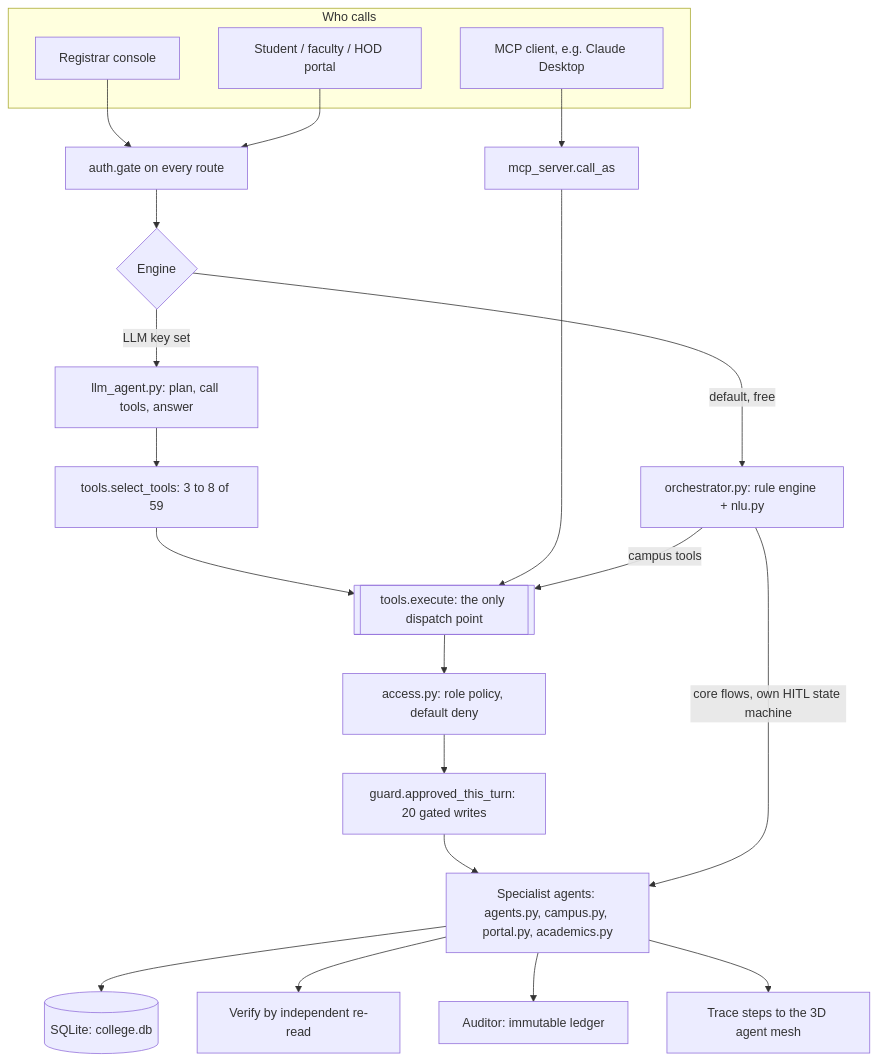
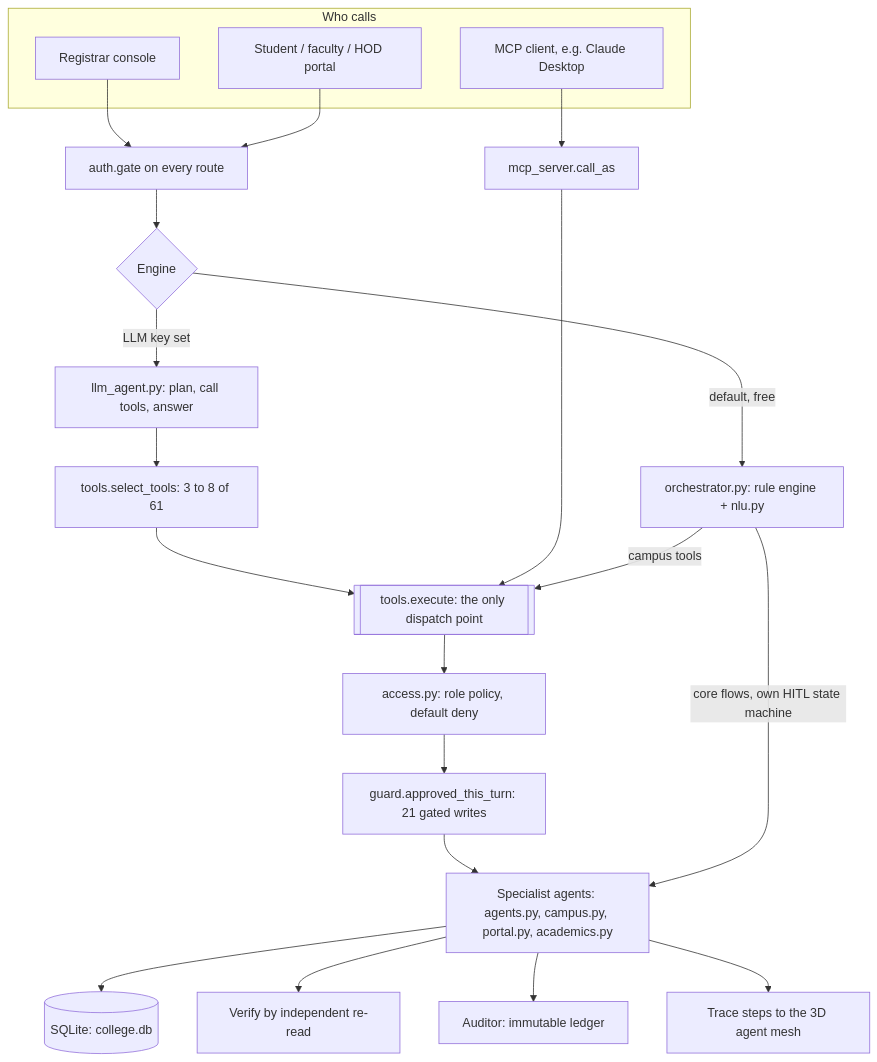
One commit to samprith02/VidyaERP changed the first of 7 diagrams in README.md. Above: the diagram before and after it, drawn with Mermaid. The commit also changed other lines of this file and 23 other files, not shown here.

````diff
--- a/README.md
+++ b/README.md
@@ -188,26 +190,26 @@
 ```mermaid
 flowchart TB
   subgraph callers [Who calls]
     RC[Registrar console]
     PT[Student / faculty / HOD portal]
     MC[MCP client, e.g. Claude Desktop]
   end
   RC --> AG[auth.gate on every route]
   PT --> AG
   AG --> EN{Engine}
   EN -->|default, free| RE[orchestrator.py: rule engine + nlu.py]
   EN -->|LLM key set| LA[llm_agent.py: plan, call tools, answer]
-  LA --> TR[tools.select_tools: 3 to 8 of 59]
+  LA --> TR[tools.select_tools: 3 to 8 of 61]
   MC --> CA[mcp_server.call_as]
   TR --> EX[[tools.execute: the only dispatch point]]
   CA --> EX
   RE -->|campus tools| EX
   EX --> AC[access.py: role policy, default deny]
-  AC --> GD[guard.approved_this_turn: 20 gated writes]
+  AC --> GD[guard.approved_this_turn: 21 gated writes]
   GD --> SP[Specialist agents: agents.py, campus.py, portal.py, academics.py]
   RE -->|core flows, own HITL state machine| SP
   SP --> DB[(SQLite: college.db)]
   SP --> VR[Verify by independent re-read]
   SP --> AU[Auditor: immutable ledger]
   SP --> TC[Trace steps to the 3D agent mesh]
 ```
````
